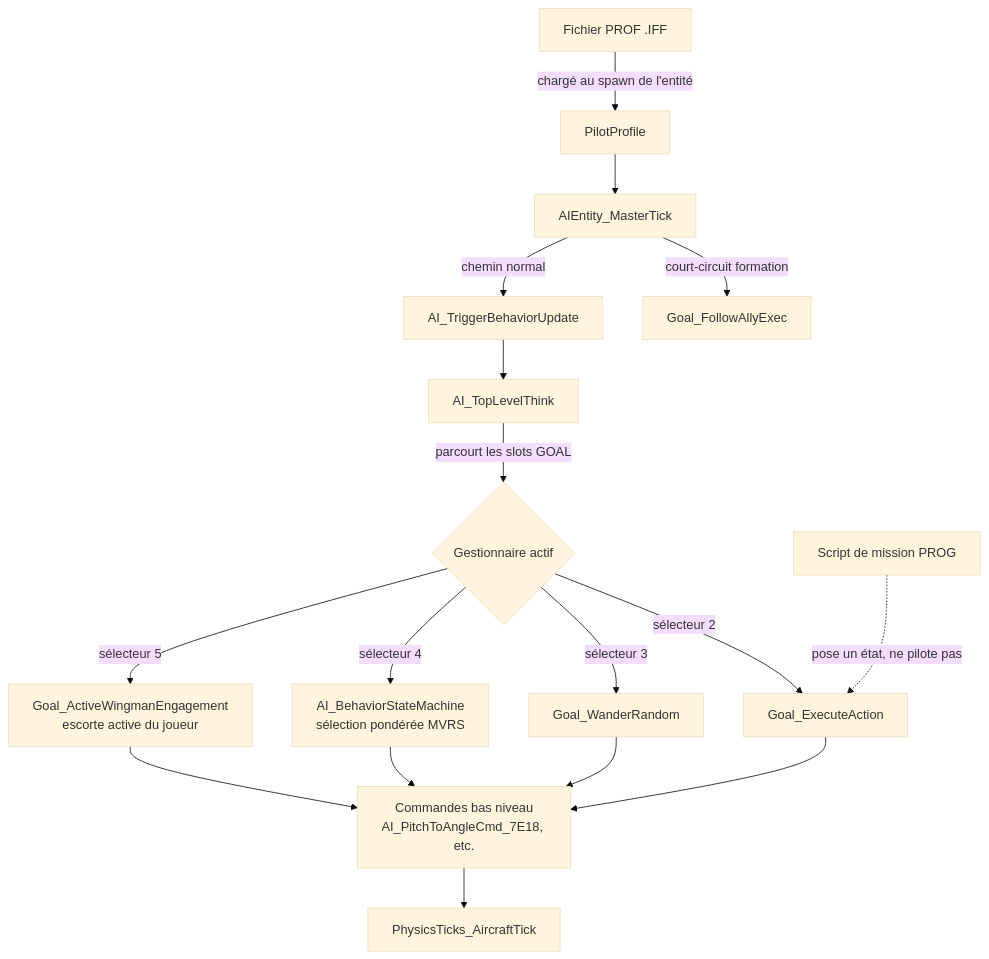
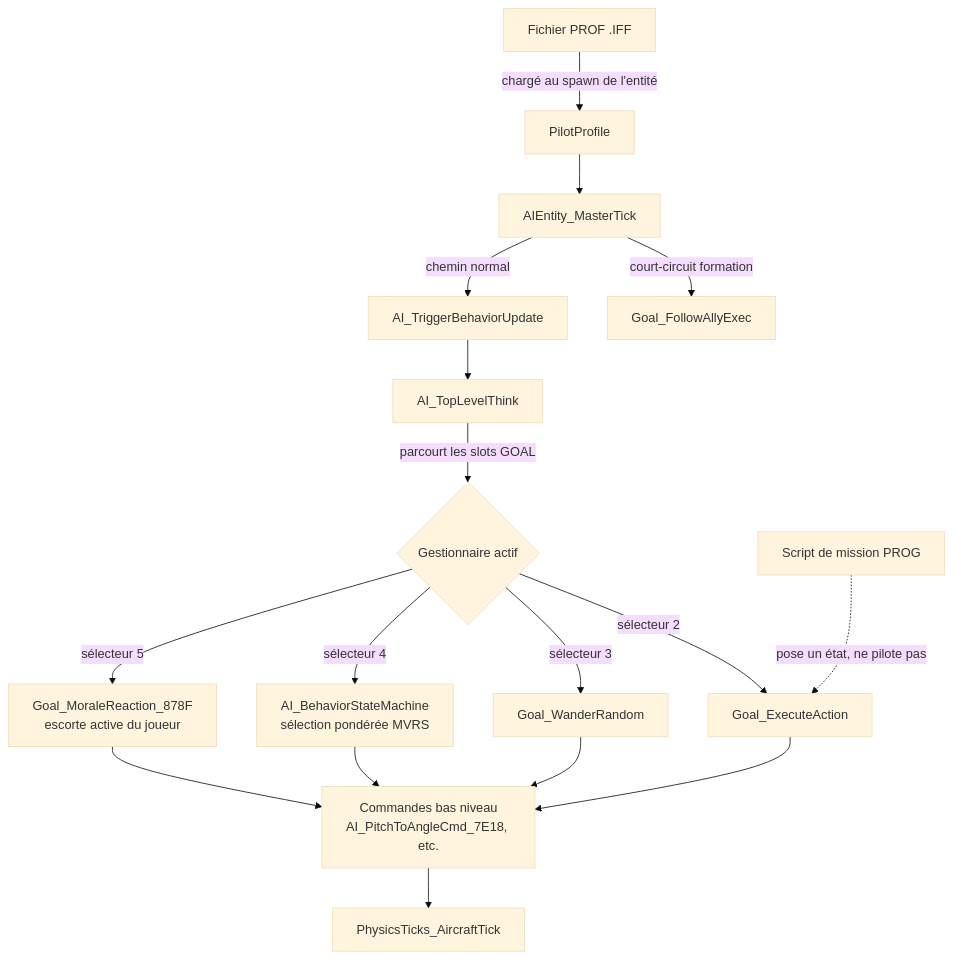
The first of 13 diagrams in analysis/AI_SYSTEM.md (remileonard/strike_commander_re), drawn with Mermaid (base theme) before and after one commit. The commit also changed other lines of this file and 11 other files, not shown here.

First line of the commit message:
IA : le gestionnaire GOAL 5 est une reaction au moral

````diff
--- a/analysis/AI_SYSTEM.md
+++ b/analysis/AI_SYSTEM.md
@@ -18,19 +18,19 @@
 ```mermaid
 flowchart TD
     A[Fichier PROF .IFF] -->|chargé au spawn de l'entité| B[PilotProfile]
     B --> C[AIEntity_MasterTick]
     C -->|court-circuit formation| D[Goal_FollowAllyExec]
     C -->|chemin normal| E[AI_TriggerBehaviorUpdate]
     E --> F[AI_TopLevelThink]
     F -->|parcourt les slots GOAL| G{Gestionnaire actif}
     G -->|sélecteur 2| H[Goal_ExecuteAction]
     G -->|sélecteur 3| I[Goal_WanderRandom]
     G -->|sélecteur 4| J[AI_BehaviorStateMachine<br/>sélection pondérée MVRS]
-    G -->|sélecteur 5| K[Goal_ActiveWingmanEngagement<br/>escorte active du joueur]
+    G -->|sélecteur 5| K[Goal_MoraleReaction_878F<br/>escorte active du joueur]
     H --> L[Commandes bas niveau<br/>AI_PitchToAngleCmd_7E18, etc.]
     J --> L
     K --> L
     I --> L
     L --> M[PhysicsTicks_AircraftTick]
     N[Script de mission PROG] -.->|pose un état, ne pilote pas| H
 ```
````
